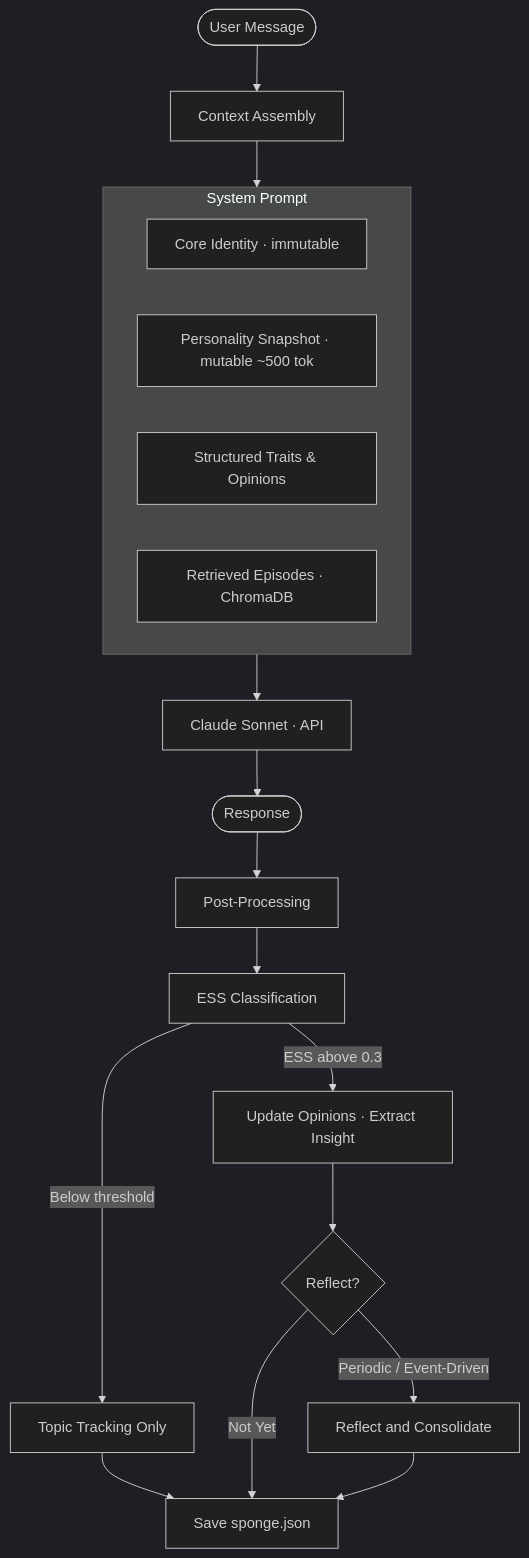
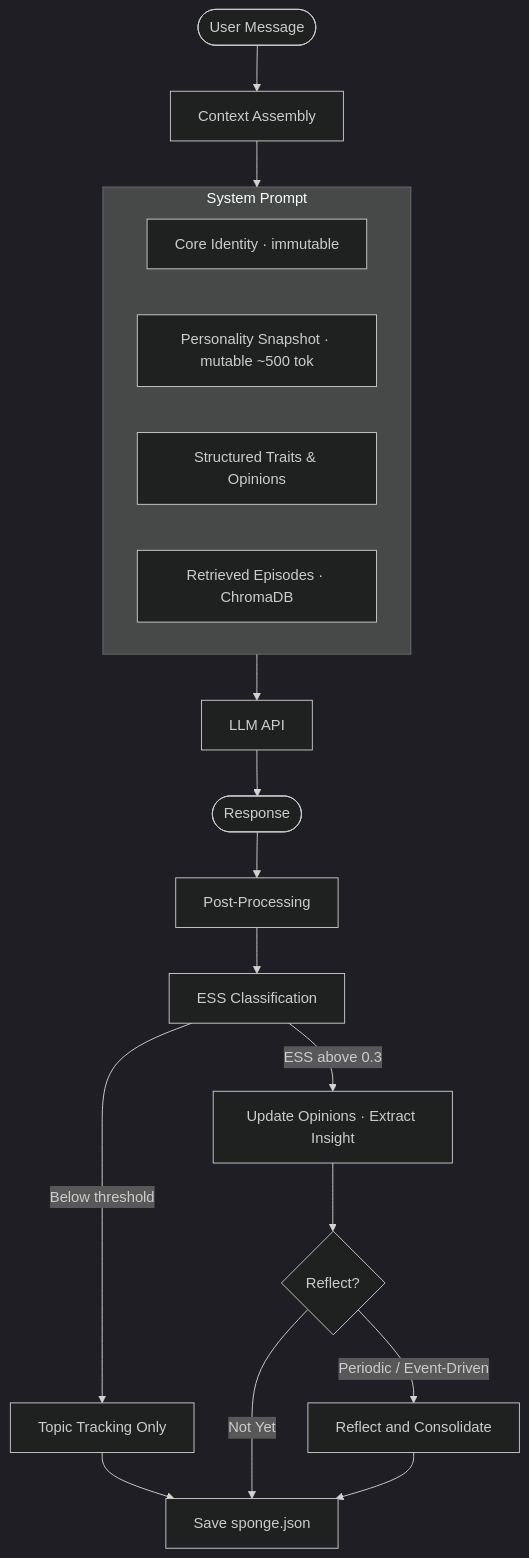
The diagram in README.md (Okm165/Sonality), drawn with Mermaid (dark theme) before and after one commit. The commit also changed other lines of this file and 30 other files, not shown here.

````diff
--- a/README.md
+++ b/README.md
@@ -11,25 +11,25 @@
 ```mermaid
 flowchart TD
     User([User Message]) --> Ctx[Context Assembly]
 
     subgraph ctx ["System Prompt"]
         ID["Core Identity · immutable"]
         Snap["Personality Snapshot · mutable ~500 tok"]
         Traits["Structured Traits & Opinions"]
         Mem["Retrieved Episodes · ChromaDB"]
     end
 
     Ctx --> ctx
-    ctx --> LLM["Claude Sonnet · API"]
+    ctx --> LLM["LLM API"]
     LLM --> Resp([Response])
 
     Resp --> Post[Post-Processing]
     Post --> ESS[ESS Classification]
     ESS -->|"ESS above 0.3"| Update[Update Opinions · Extract Insight]
     ESS -->|"Below threshold"| Track[Topic Tracking Only]
     Update --> Reflect{Reflect?}
     Track --> Save
     Reflect -->|"Periodic / Event-Driven"| Consolidate[Reflect and Consolidate]
     Reflect -->|Not Yet| Save
     Consolidate --> Save[Save sponge.json]
 ```
````
